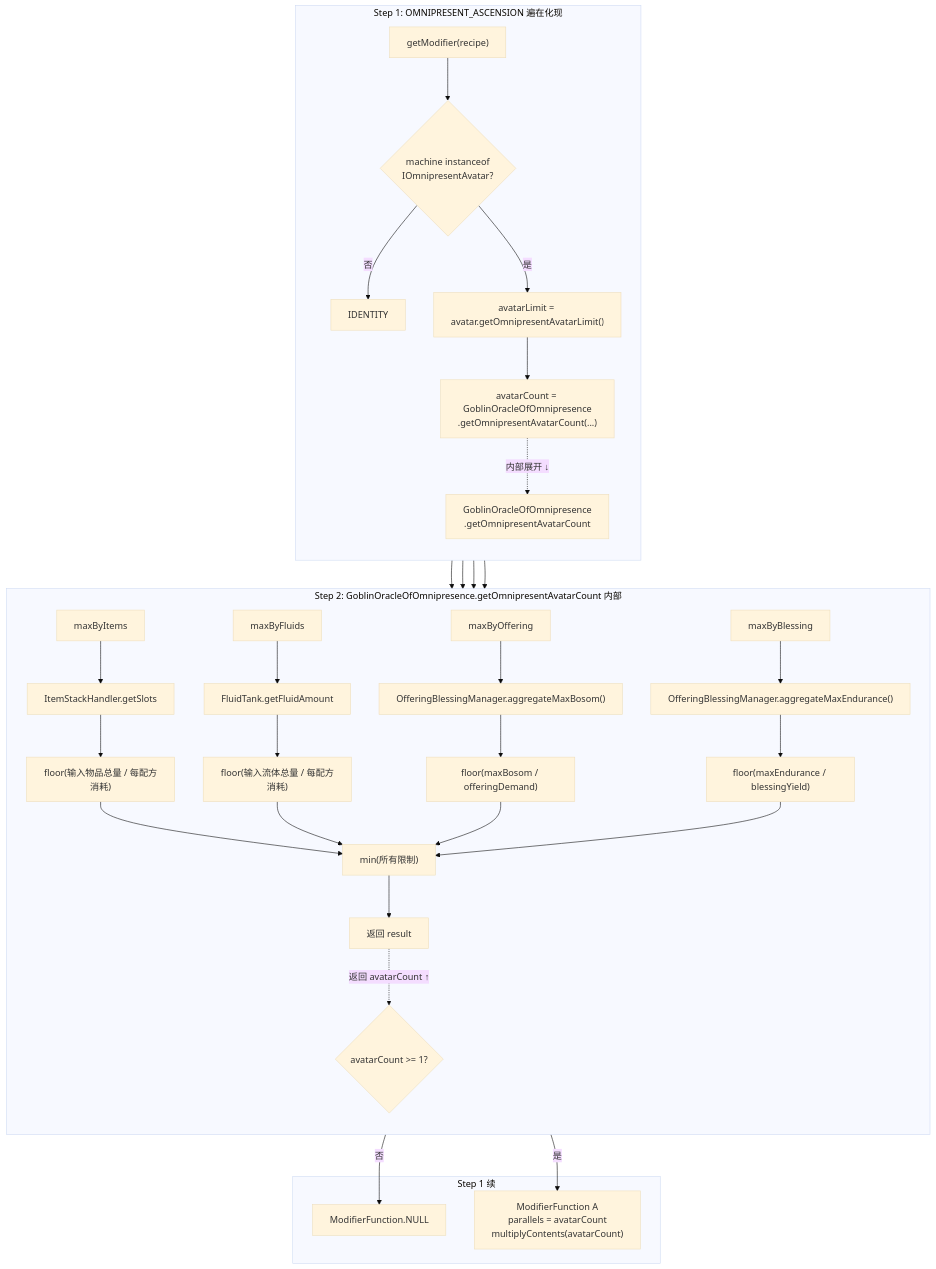
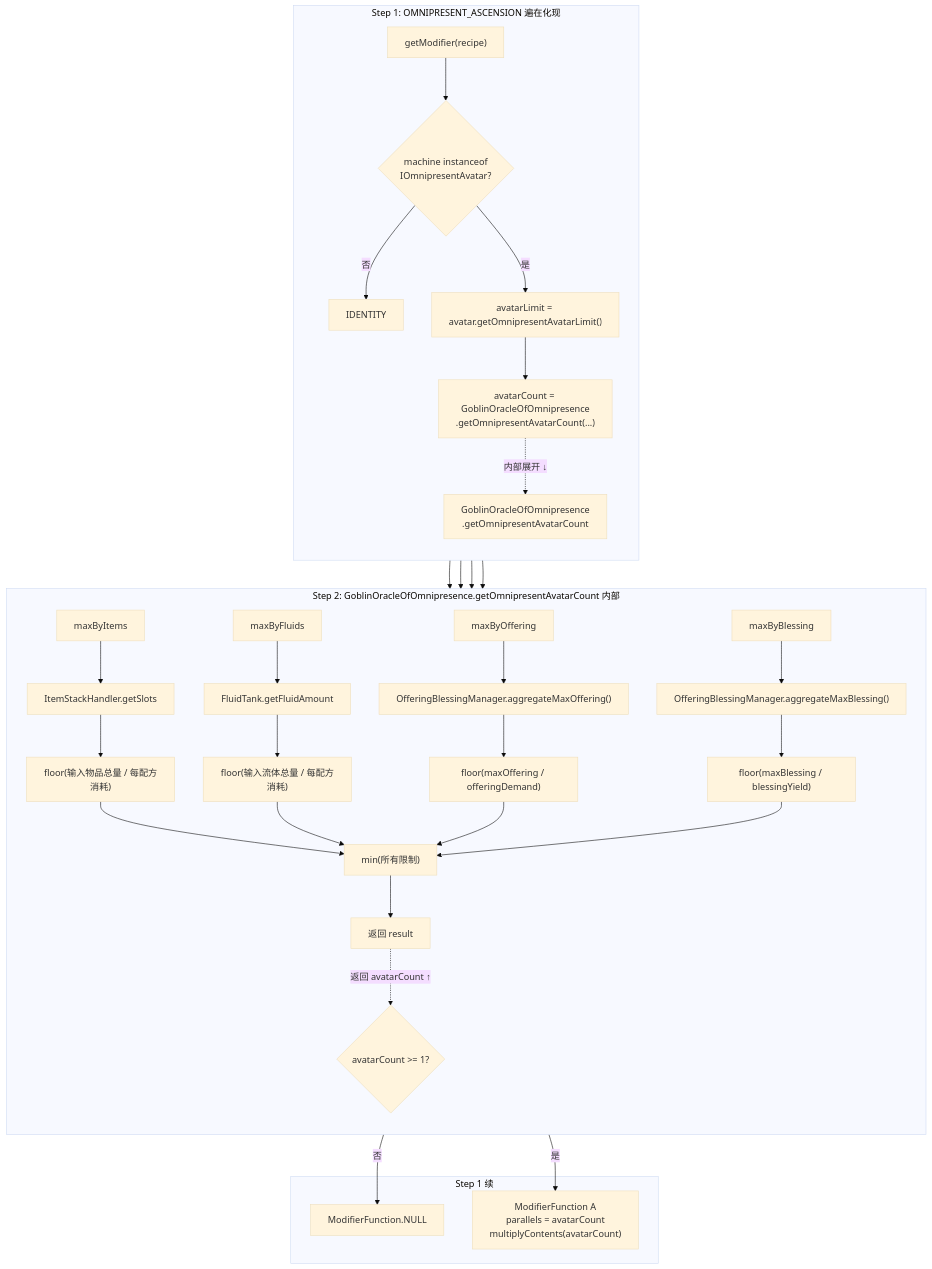
One commit to dalizi2333/GoblinTechMotiveCore changed the fifth of 12 diagrams in docs/skills/divine-machine-execution-flow.md. Above: the diagram before and after it, drawn with Mermaid (base theme). The commit also changed other lines of this file and 17 other files, not shown here.

````diff
--- a/docs/skills/divine-machine-execution-flow.md
+++ b/docs/skills/divine-machine-execution-flow.md
@@ -282,44 +283,44 @@
 ```mermaid
 flowchart TB
     subgraph OMNIPRESENT["Step 1: OMNIPRESENT_ASCENSION 遍在化现"]
         direction TB
         A["getModifier(recipe)"] --> B{"machine instanceof<br/>IOmnipresentAvatar?"}
         B -->|"否"| C["IDENTITY"]
         B -->|"是"| D["avatarLimit = avatar.getOmnipresentAvatarLimit()"]
         D --> E["avatarCount = GoblinOracleOfOmnipresence<br/>.getOmnipresentAvatarCount(...)"]
         E -.->|"内部展开 ↓"| AA
     end
 
     subgraph PARALLEL["Step 2: GoblinOracleOfOmnipresence.getOmnipresentAvatarCount 内部"]
         direction TB
         AA["GoblinOracleOfOmnipresence<br/>.getOmnipresentAvatarCount"] --> BB["maxByItems"]
         BB --> BB1["ItemStackHandler.getSlots"]
         BB1 --> BB2["floor(输入物品总量 / 每配方消耗)"]
         
         AA --> CC["maxByFluids"]
         CC --> CC1["FluidTank.getFluidAmount"]
         CC1 --> CC2["floor(输入流体总量 / 每配方消耗)"]
         
         AA --> DD["maxByOffering"]
-        DD --> DD1["OfferingBlessingManager.aggregateMaxBosom()"]
-        DD1 --> DD2["floor(maxBosom / offeringDemand)"]
+        DD --> DD1["OfferingBlessingManager.aggregateMaxOffering()"]
+        DD1 --> DD2["floor(maxOffering / offeringDemand)"]
         
         AA --> EE["maxByBlessing"]
-        EE --> EE1["OfferingBlessingManager.aggregateMaxEndurance()"]
-        EE1 --> EE2["floor(maxEndurance / blessingYield)"]
+        EE --> EE1["OfferingBlessingManager.aggregateMaxBlessing()"]
+        EE1 --> EE2["floor(maxBlessing / blessingYield)"]
         
         BB2 --> FF["min(所有限制)"]
         CC2 --> FF
         DD2 --> FF
         EE2 --> FF
         
         FF --> II["返回 result"]
         II -.->|"返回 avatarCount ↑"| F
     end
 
     subgraph OMNIPRESENT_RESULT["Step 1 续"]
         F{"avatarCount >= 1?"}
         F -->|"否"| G["ModifierFunction.NULL"]
         F -->|"是"| H["ModifierFunction A<br/>parallels = avatarCount<br/>multiplyContents(avatarCount)"]
     end
 ```
````
